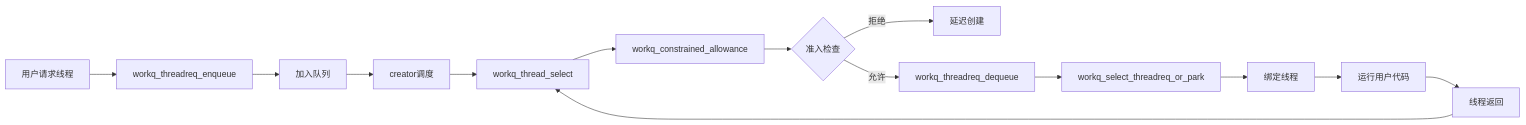
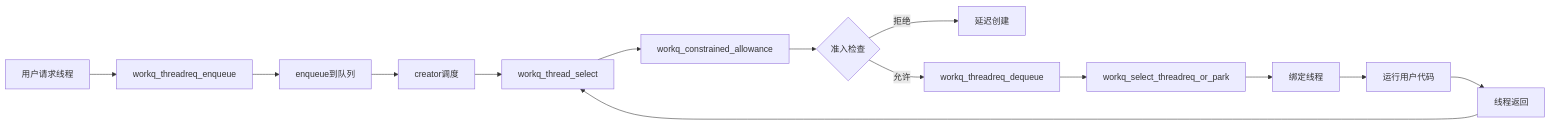
Before and after one commit to ufogxl/ufogxl.github.io: diagram 15 of 16 in _posts/2025-11-24-xnu workqueue constrained request实现.md, drawn with Mermaid. The commit also changed other lines of this file, not shown here.

````diff
--- a/_posts/2025-11-24-xnu workqueue constrained request实现.md
+++ b/_posts/2025-11-24-xnu workqueue constrained request实现.md
@@ -1297,20 +2316,20 @@
 ```mermaid
 graph LR
     A[用户请求线程] --> B[workq_threadreq_enqueue]
-    B --> C[加入队列]
+    B --> C[enqueue到队列]
     C --> D[creator调度]
 
     D --> E[workq_thread_select]
     E --> F[workq_constrained_allowance]
     F --> G{准入检查}
 
     G -->|拒绝| H[延迟创建]
     G -->|允许| I[workq_threadreq_dequeue]
 
     I --> J[workq_select_threadreq_or_park]
     J --> K[绑定线程]
     K --> L[运行用户代码]
 
     L --> M[线程返回]
     M --> E
 ```
````
